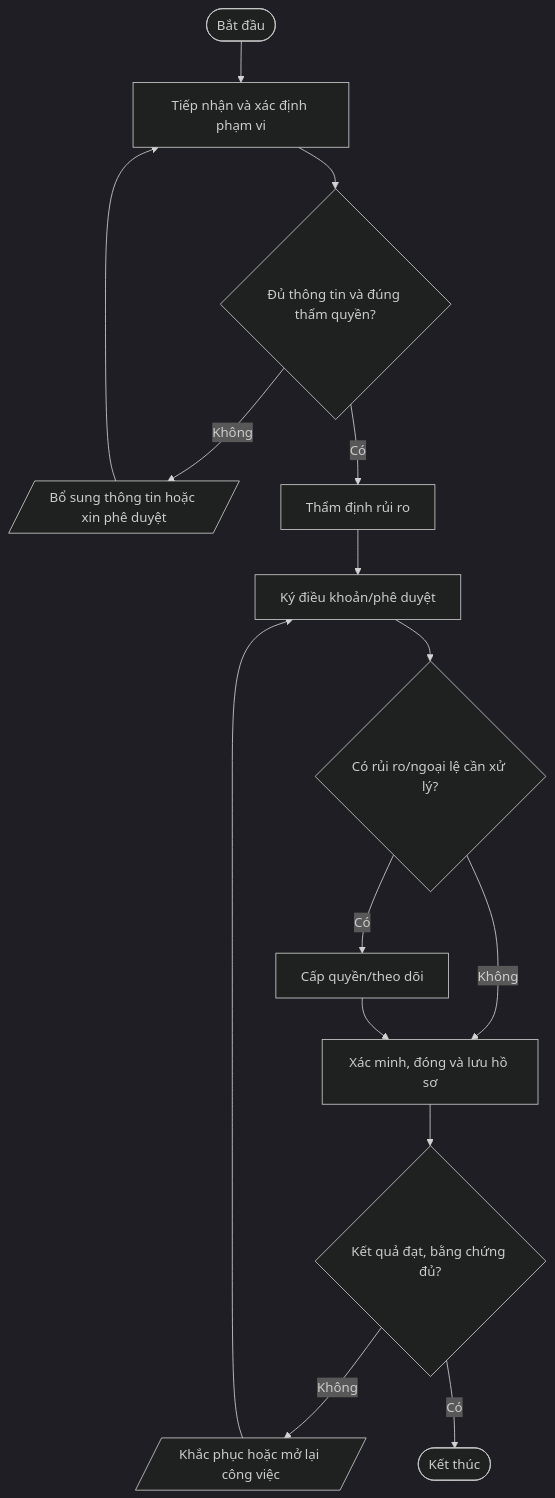
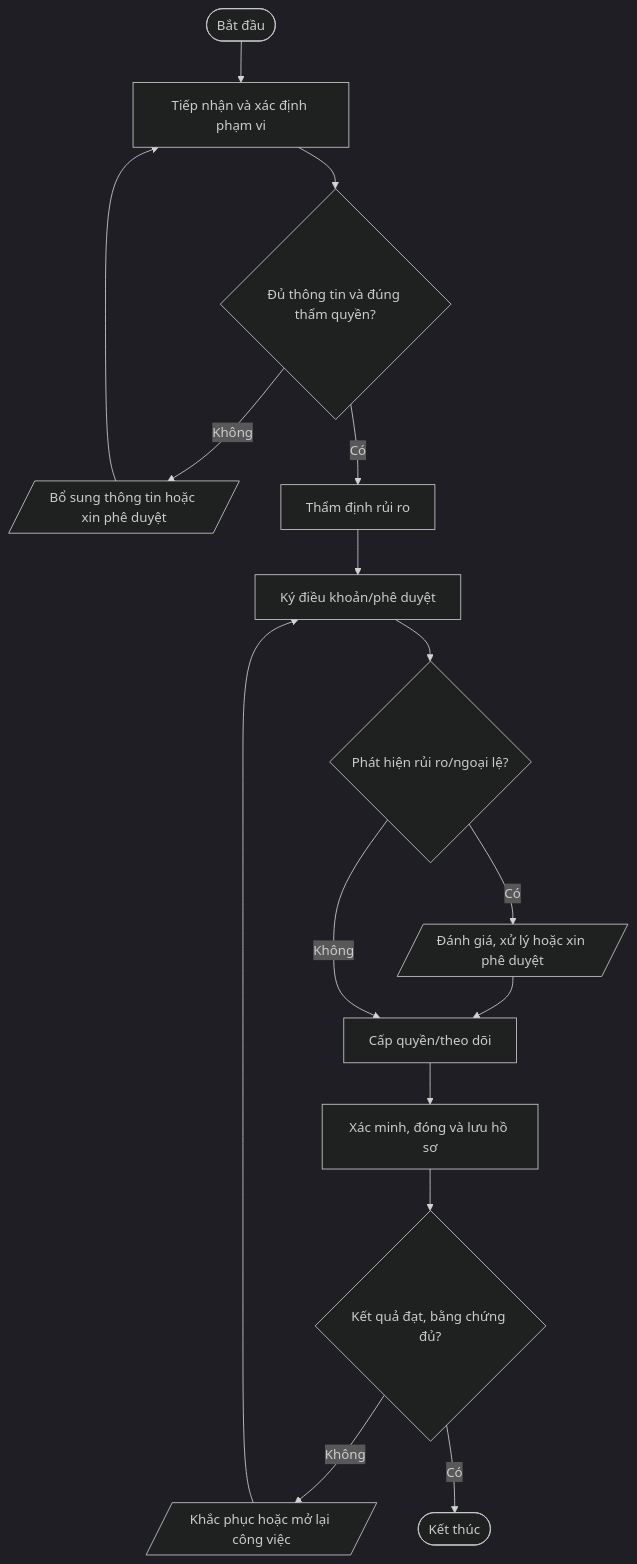
Before and after one commit to daoaigiangnam/Quy_Trinh_Chuan: the tenth of 11 diagrams in quy-trinh/03-An-toan-thong-tin/README.md, drawn with Mermaid (dark theme). The commit also changed other lines of this file, not shown here.

Commit message:
docs: correct procedure flowchart decision paths

````diff
--- a/quy-trinh/03-An-toan-thong-tin/README.md
+++ b/quy-trinh/03-An-toan-thong-tin/README.md
@@ -849,17 +858,18 @@
 ```mermaid
 flowchart TD
   A([Bắt đầu]) --> S1["Tiếp nhận và xác định phạm vi"]
   S1 --> D1{"Đủ thông tin và đúng thẩm quyền?"}
   D1 -- Không --> F1[/"Bổ sung thông tin hoặc xin phê duyệt"/]
   F1 --> S1
   D1 -- Có --> S2["Thẩm định rủi ro"]
   S2 --> S3["Ký điều khoản/phê duyệt"]
-  S3 --> D2{"Có rủi ro/ngoại lệ cần xử lý?"}
-  D2 -- Có --> S4["Cấp quyền/theo dõi"]
-  D2 -- Không --> S5["Xác minh, đóng và lưu hồ sơ"]
-  S4 --> S5
+  S3 --> D2{"Phát hiện rủi ro/ngoại lệ?"}
+  D2 -- Có --> RISK[/"Đánh giá, xử lý hoặc xin phê duyệt"/]
+  RISK --> S4["Cấp quyền/theo dõi"]
+  D2 -- Không --> S4
+  S4 --> S5["Xác minh, đóng và lưu hồ sơ"]
   S5 --> D3{"Kết quả đạt, bằng chứng đủ?"}
   D3 -- Không --> R[/"Khắc phục hoặc mở lại công việc"/]
   R --> S3
   D3 -- Có --> Z([Kết thúc])
 ```
````
